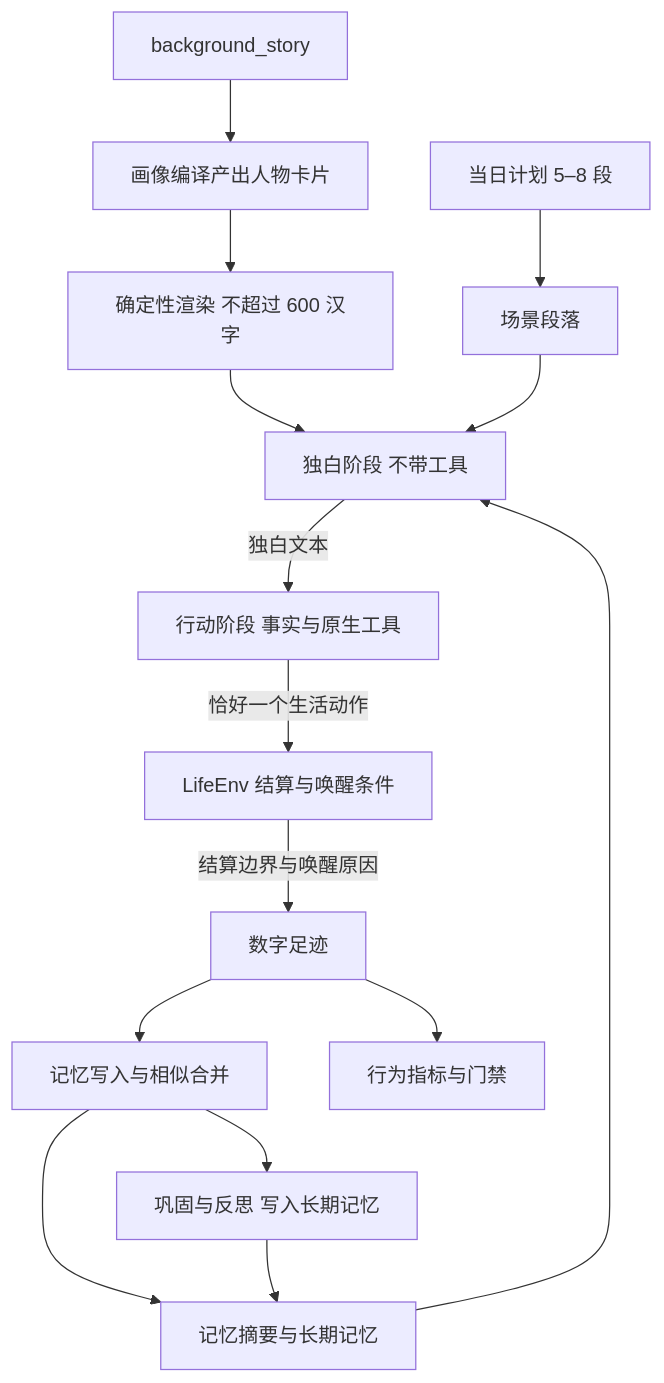
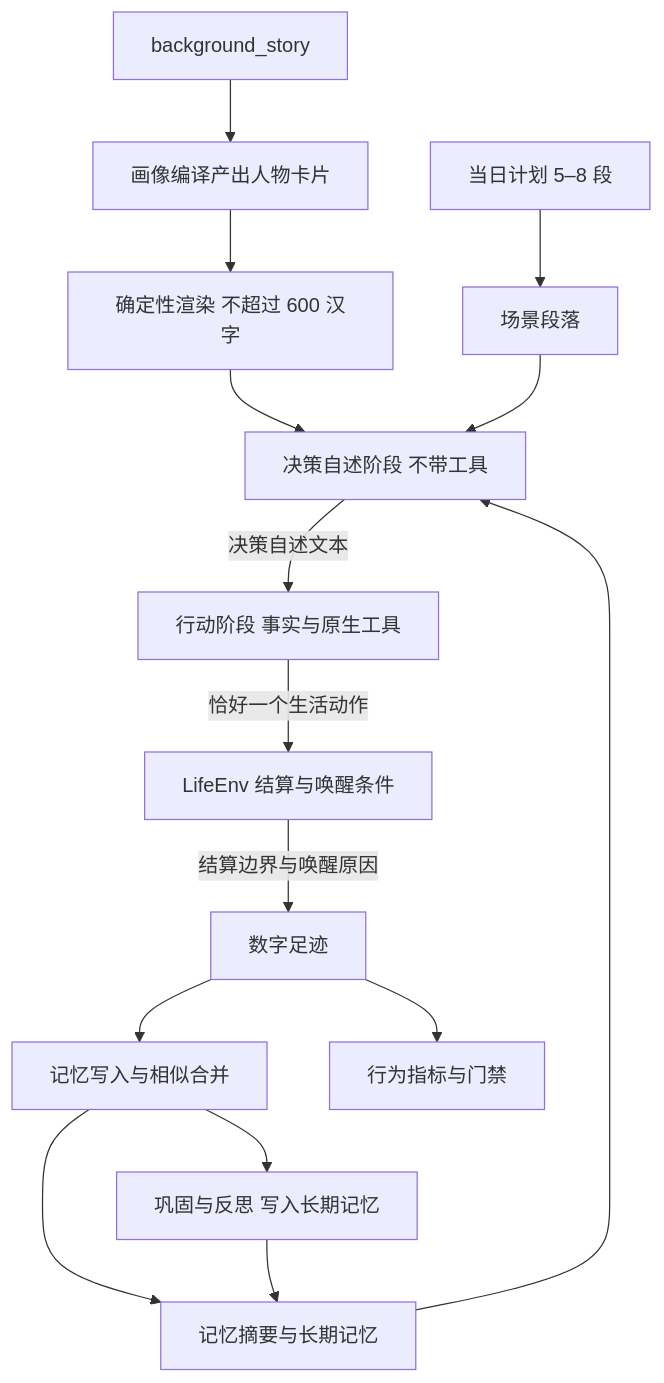
One commit to HoldThatThgt/WorldMock changed the first of 3 diagrams in docs/dev/SPEC-life-realism.md. Above: the diagram before and after it, drawn with Mermaid. The commit also changed other lines of this file and 49 other files, not shown here.

````diff
--- a/docs/dev/SPEC-life-realism.md
+++ b/docs/dev/SPEC-life-realism.md
@@ -28,17 +28,17 @@
 ```mermaid
 flowchart TD
     BS[background_story] --> PC[画像编译产出人物卡片]
     PC --> TXT[确定性渲染 不超过 600 汉字]
-    TXT --> MONO[独白阶段 不带工具]
+    TXT --> MONO[决策自述阶段 不带工具]
     SCENE[场景段落] --> MONO
     MEM[记忆摘要与长期记忆] --> MONO
-    MONO -->|独白文本| ACT[行动阶段 事实与原生工具]
+    MONO -->|决策自述文本| ACT[行动阶段 事实与原生工具]
     ACT -->|恰好一个生活动作| ENV[LifeEnv 结算与唤醒条件]
     PLAN[当日计划 5–8 段] --> SCENE
     ENV -->|结算边界与唤醒原因| FOOT[数字足迹]
     FOOT --> WRITE[记忆写入与相似合并]
     WRITE --> MEM
     WRITE --> CONSO[巩固与反思 写入长期记忆]
     CONSO --> MEM
     FOOT --> METRIC[行为指标与门禁]
 ```
````
